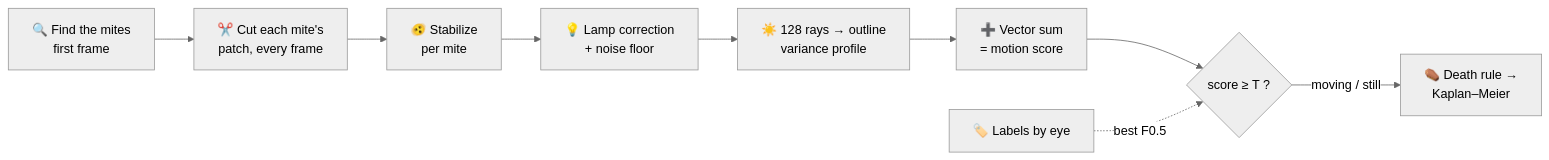
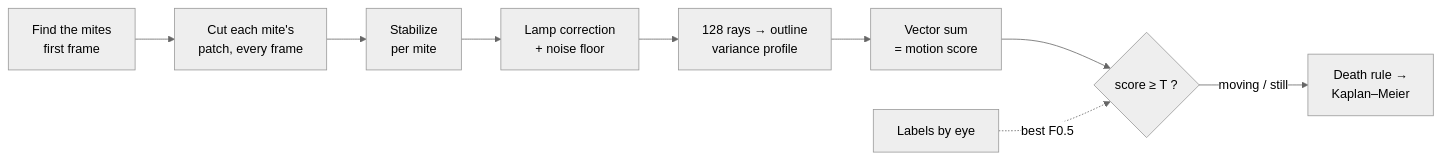
One commit to Mateo-Schaerer-Gonzalez/Varroa_detector_discobox changed the first of 3 diagrams in README.md. Above: the diagram before and after it, drawn with Mermaid (neutral theme). The commit also changed other lines of this file, not shown here.

````diff
--- a/README.md
+++ b/README.md
@@ -66,11 +65,11 @@
 ```mermaid
 flowchart LR
-    A["🔍 Find the mites<br/>first frame"] --> B["✂️ Cut each mite's<br/>patch, every frame"]
-    B --> C["🫨 Stabilize<br/>per mite"]
-    C --> D["💡 Lamp correction<br/>+ noise floor"]
-    D --> E["☀️ 128 rays → outline<br/>variance profile"]
-    E --> F["➕ Vector sum<br/>= motion score"]
+    A["Find the mites<br/>first frame"] --> B["Cut each mite's<br/>patch, every frame"]
+    B --> C["Stabilize<br/>per mite"]
+    C --> D["Lamp correction<br/>+ noise floor"]
+    D --> E["128 rays → outline<br/>variance profile"]
+    E --> F["Vector sum<br/>= motion score"]
     F --> G{"score ≥ T ?"}
-    G -->|moving / still| H["⚰️ Death rule →<br/>Kaplan–Meier"]
-    L["🏷️ Labels by eye"] -.->|"best F0.5"| G
+    G -->|moving / still| H["Death rule →<br/>Kaplan–Meier"]
+    L["Labels by eye"] -.->|"best F0.5"| G
 ```
````
